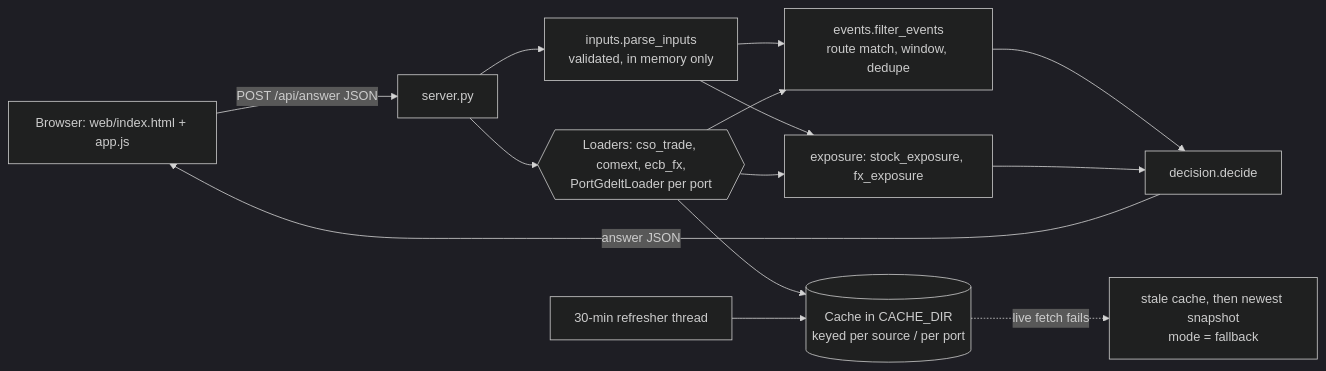
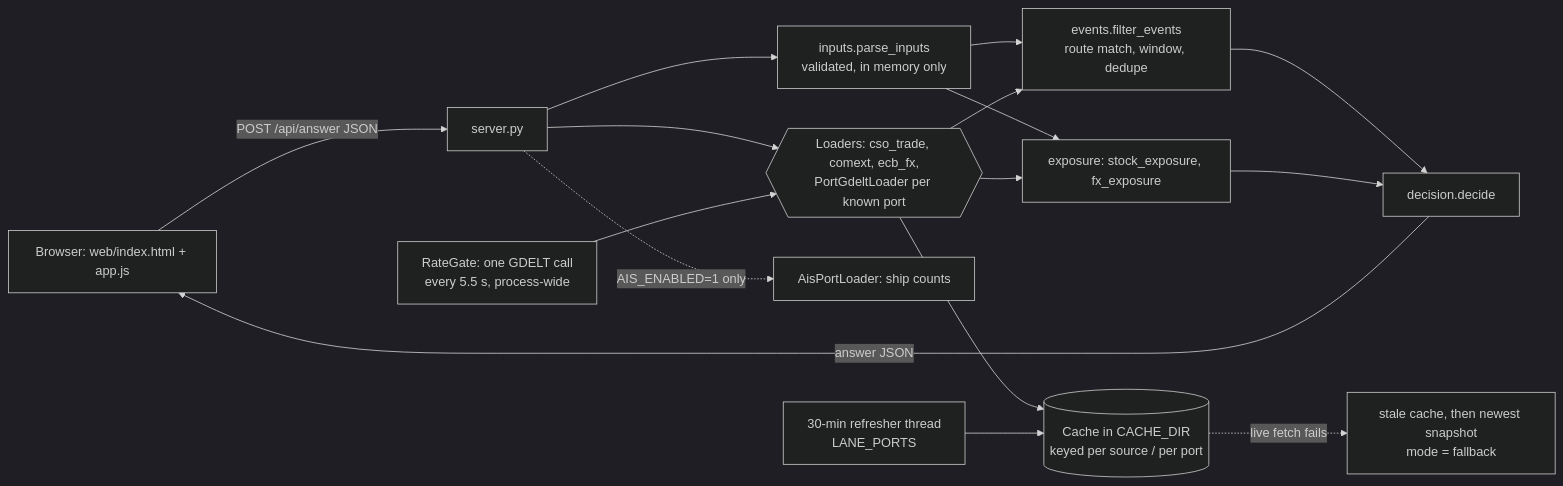
One commit to isabellelynch/in-time-corkathon-2026 changed the first of 2 diagrams in README.md. Above: the diagram before and after it, drawn with Mermaid (dark theme). The commit also changed other lines of this file, not shown here.

````diff
--- a/README.md
+++ b/README.md
@@ -37,16 +47,18 @@
 ```mermaid
 flowchart LR
   B[Browser: web/index.html + app.js] -->|POST /api/answer JSON| S[server.py]
   S --> I[inputs.parse_inputs<br/>validated, in memory only]
-  S --> L{{Loaders: cso_trade, comext, ecb_fx,<br/>PortGdeltLoader per port}}
+  S --> L{{Loaders: cso_trade, comext, ecb_fx,<br/>PortGdeltLoader per known port}}
+  G[RateGate: one GDELT call<br/>every 5.5 s, process-wide] --> L
+  S -. "AIS_ENABLED=1 only" .-> A[AisPortLoader: ship counts]
   L --> C[(Cache in CACHE_DIR<br/>keyed per source / per port)]
   C -. live fetch fails .-> F[stale cache, then newest snapshot<br/>mode = fallback]
   I --> E[events.filter_events<br/>route match, window, dedupe]
   L --> E
   I --> X[exposure: stock_exposure, fx_exposure]
   L --> X
   E --> D[decision.decide]
   X --> D
   D -->|answer JSON| B
-  R[30-min refresher thread] --> C
+  R[30-min refresher thread<br/>LANE_PORTS] --> C
 ```
````
